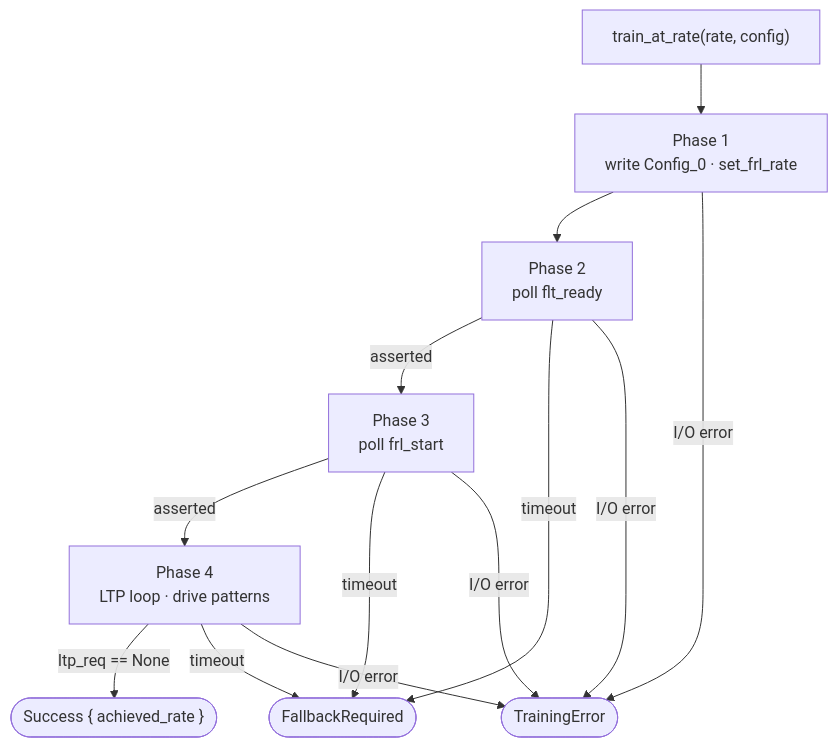
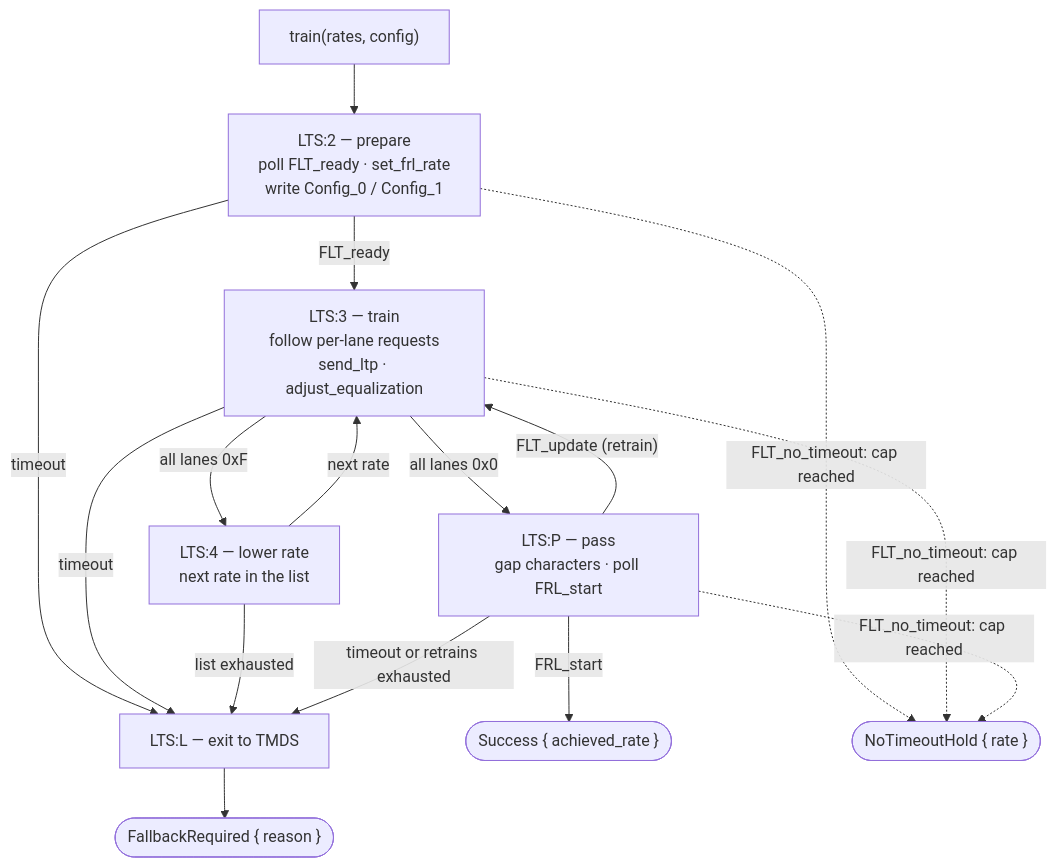
The first of 2 diagrams in README.md (DracoWhitefire/plumbob), drawn with Mermaid before and after one commit. The commit also changed other lines of this file and 21 other files, not shown here.

First line of the commit message:
feat/frl-training-model (#23)

````diff
--- a/README.md
+++ b/README.md
@@ -92,20 +120,26 @@
 ```mermaid
 flowchart TD
-    A["train_at_rate(rate, config)"]
-    B["Phase 1\nwrite Config_0 · set_frl_rate"]
-    C["Phase 2\npoll flt_ready"]
-    D["Phase 3\npoll frl_start"]
-    E["Phase 4\nLTP loop · drive patterns"]
-    F(["Success { achieved_rate }"])
-    G(["FallbackRequired"])
-    H(["TrainingError"])
+    A["train(rates, config)"]
+    P2["LTS:2 — prepare\npoll FLT_ready · set_frl_rate\nwrite Config_0 / Config_1"]
+    P3["LTS:3 — train\nfollow per-lane requests\nsend_ltp · adjust_equalization"]
+    PP["LTS:P — pass\ngap characters · poll FRL_start"]
+    P4["LTS:4 — lower rate\nnext rate in the list"]
+    PL["LTS:L — exit to TMDS"]
+    S(["Success { achieved_rate }"])
+    F(["FallbackRequired { reason }"])
+    H(["NoTimeoutHold { rate }"])
 
-    A --> B --> C
-    C -- asserted --> D
-    C -- timeout --> G
-    D -- asserted --> E
-    D -- timeout --> G
-    E -- "ltp_req == None" --> F
-    E -- timeout --> G
-    B & C & D & E -- I/O error --> H
+    A --> P2
+    P2 -- FLT_ready --> P3
+    P2 -- timeout --> PL
+    P3 -- "all lanes 0x0" --> PP
+    P3 -- "all lanes 0xF" --> P4
+    P3 -- timeout --> PL
+    P4 -- next rate --> P3
+    P4 -- "list exhausted" --> PL
+    PP -- FRL_start --> S
+    PP -- "FLT_update (retrain)" --> P3
+    PP -- "timeout or retrains exhausted" --> PL
+    PL --> F
+    P2 & P3 & PP -. "FLT_no_timeout: cap reached" .-> H
 ```
````
